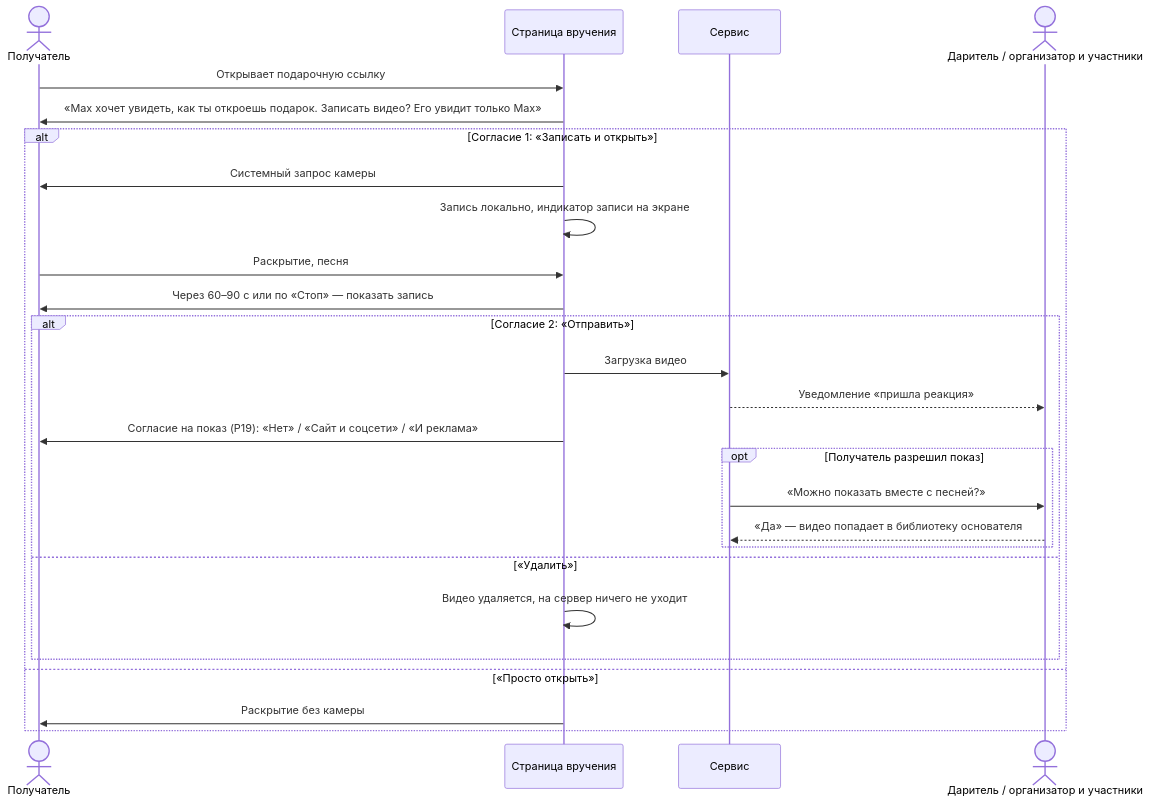
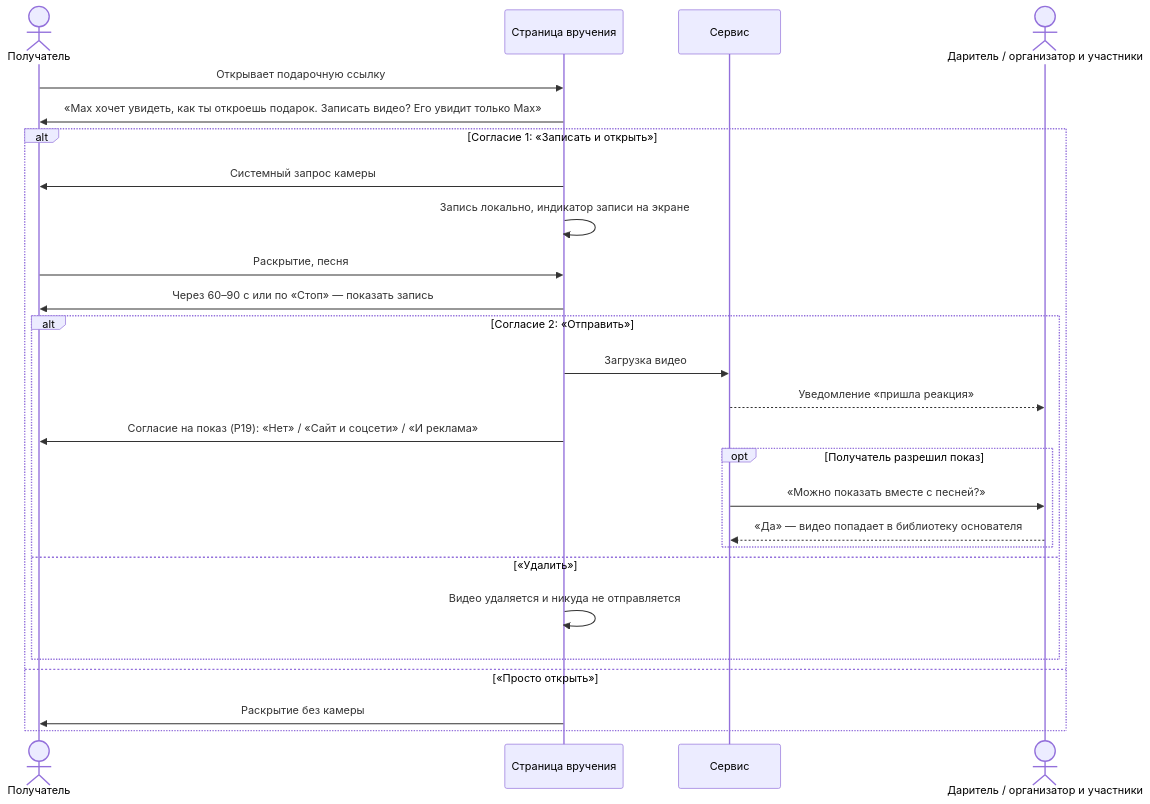
One commit to AlexMubarakshin/yoursongawaits changed the second of 4 diagrams in docs/research/06-prd.md. Above: the diagram before and after it, drawn with Mermaid. The commit also changed other lines of this file and 4 other files, not shown here.

First line of the commit message:
PRD v0.4: remove architecture and technical decisions

````diff
--- a/docs/research/06-prd.md
+++ b/docs/research/06-prd.md
@@ -291,28 +292,28 @@
 ```mermaid
 sequenceDiagram
     actor R as Получатель
     participant P as Страница вручения
     participant S as Сервис
     actor G as Даритель / организатор и участники
     R->>P: Открывает подарочную ссылку
     P->>R: «Max хочет увидеть, как ты откроешь подарок. Записать видео? Его увидит только Max»
     alt Согласие 1: «Записать и открыть»
         P->>R: Системный запрос камеры
         P->>P: Запись локально, индикатор записи на экране
         R->>P: Раскрытие, песня
         P->>R: Через 60–90 с или по «Стоп» — показать запись
         alt Согласие 2: «Отправить»
             P->>S: Загрузка видео
             S-->>G: Уведомление «пришла реакция»
             P->>R: Согласие на показ (P19): «Нет» / «Сайт и соцсети» / «И реклама»
             opt Получатель разрешил показ
                 S->>G: «Можно показать вместе с песней?»
                 G-->>S: «Да» — видео попадает в библиотеку основателя
             end
         else «Удалить»
-            P->>P: Видео удаляется, на сервер ничего не уходит
+            P->>P: Видео удаляется и никуда не отправляется
         end
     else «Просто открыть»
         P->>R: Раскрытие без камеры
     end
 ```
````
